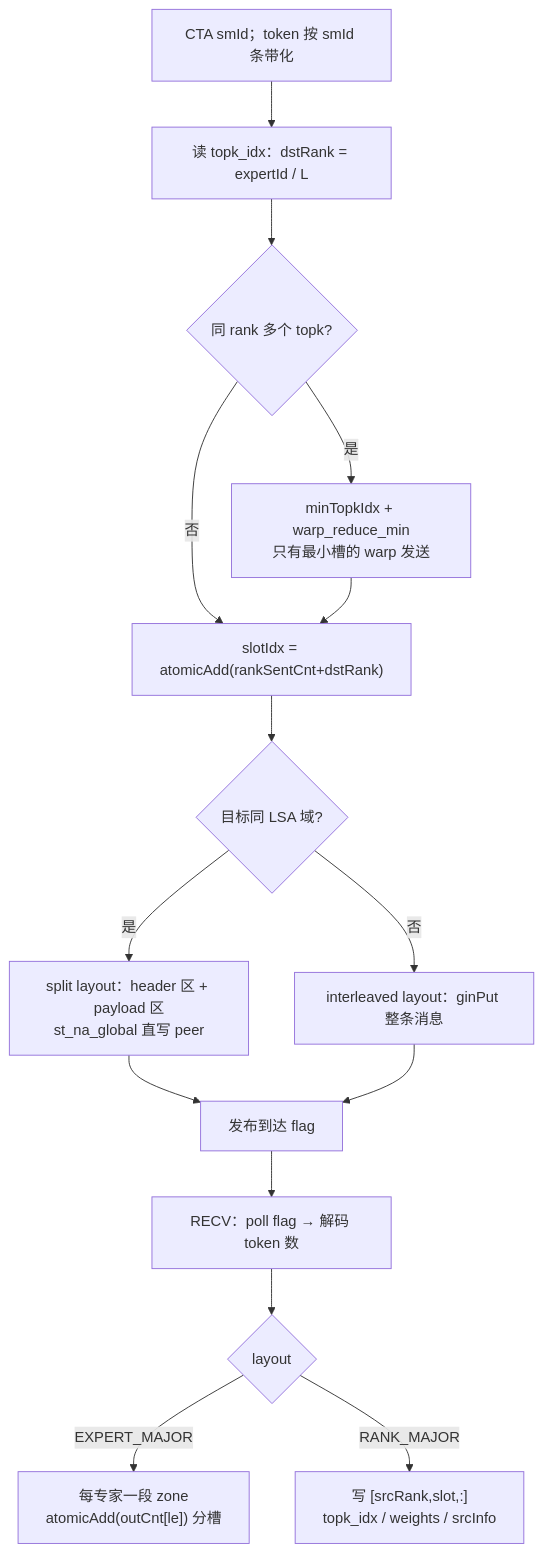
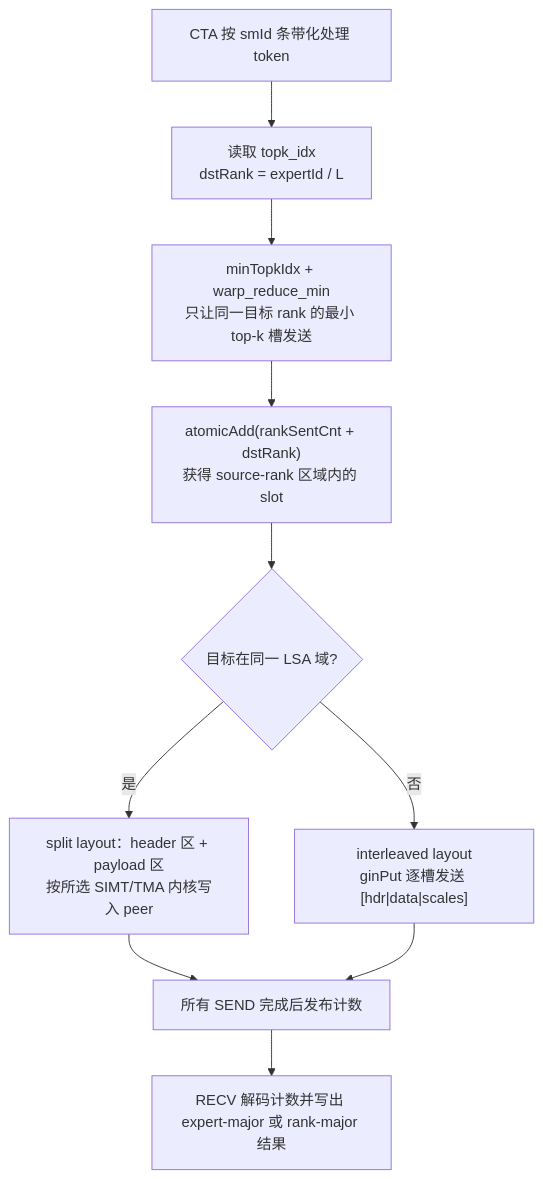
The eighth of 12 diagrams in nccl_ep/docs/design_overview.md (s0okiym/nccl-extensions), drawn with Mermaid before and after one commit. The commit also changed other lines of this file, not shown here.

````diff
--- a/nccl_ep/docs/design_overview.md
+++ b/nccl_ep/docs/design_overview.md
@@ -248,17 +311,12 @@
 ```mermaid
 flowchart TD
-  A["CTA smId；token 按 smId 条带化"] --> B["读 topk_idx：dstRank = expertId / L"]
-  B --> C{"同 rank 多个 topk?"}
-  C -->|是| D["minTopkIdx + warp_reduce_min<br/>只有最小槽的 warp 发送"]
-  C -->|否| E["slotIdx = atomicAdd(rankSentCnt+dstRank)"]
-  D --> E
-  E --> F{"目标同 LSA 域?"}
-  F -->|是| G["split layout：header 区 + payload 区<br/>st_na_global 直写 peer"]
-  F -->|否| H["interleaved layout：ginPut 整条消息"]
-  G --> I["发布到达 flag"]
-  H --> I
-  I --> J["RECV：poll flag → 解码 token 数"]
-  J --> K{"layout"}
-  K -->|EXPERT_MAJOR| L["每专家一段 zone<br/>atomicAdd(outCnt[le]) 分槽"]
-  K -->|RANK_MAJOR| M["写 [srcRank,slot,:]<br/>topk_idx / weights / srcInfo"]
+  A["CTA 按 smId 条带化处理 token"] --> B["读取 topk_idx<br/>dstRank = expertId / L"]
+  B --> C["minTopkIdx + warp_reduce_min<br/>只让同一目标 rank 的最小 top-k 槽发送"]
+  C --> D["atomicAdd(rankSentCnt + dstRank)<br/>获得 source-rank 区域内的 slot"]
+  D --> E{"目标在同一 LSA 域?"}
+  E -->|是| F["split layout：header 区 + payload 区<br/>按所选 SIMT/TMA 内核写入 peer"]
+  E -->|否| G["interleaved layout<br/>ginPut 逐槽发送 [hdr|data|scales]"]
+  F --> H["所有 SEND 完成后发布计数"]
+  G --> H
+  H --> I["RECV 解码计数并写出 expert-major 或 rank-major 结果"]
 ```
````
